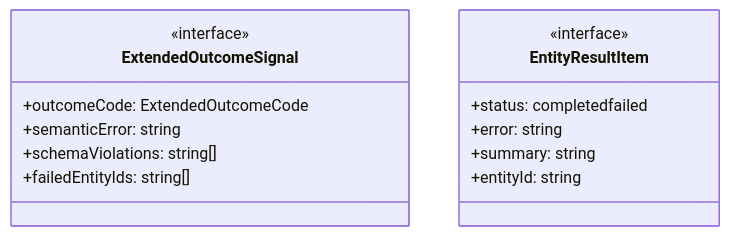
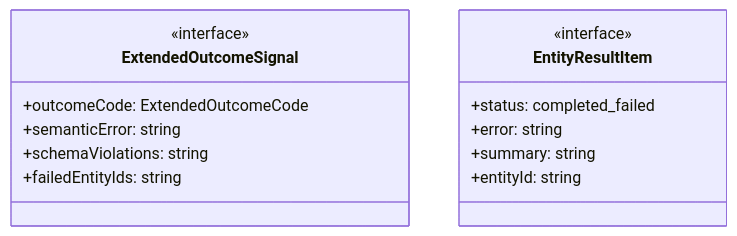
The first of 4 diagrams in ABDD/.pi/lib/agent-errors.md (Mekann2904/mekann), drawn with Mermaid before and after one commit. The commit also changed other lines of this file and 174 other files, not shown here.

First line of the commit message:
fix(docs): ABDDのMermaid図生成エラーを修正する

````diff
--- a/ABDD/.pi/lib/agent-errors.md
+++ b/ABDD/.pi/lib/agent-errors.md
@@ -55,17 +55,17 @@
 ```mermaid
 classDiagram
   class ExtendedOutcomeSignal {
     <<interface>>
     +outcomeCode: ExtendedOutcomeCode
     +semanticError: string
-    +schemaViolations: string[]
-    +failedEntityIds: string[]
+    +schemaViolations: string
+    +failedEntityIds: string
   }
   class EntityResultItem {
     <<interface>>
-    +status: completedfailed
+    +status: completed_failed
     +error: string
     +summary: string
     +entityId: string
   }
 ```
````
